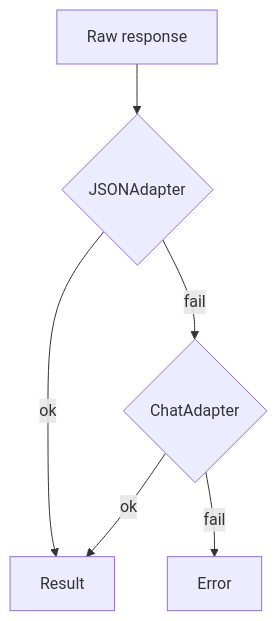
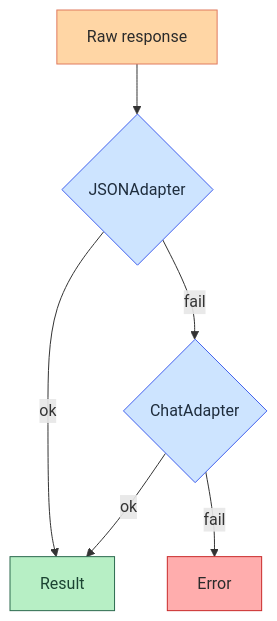
Before and after one commit to assagman/dsgo: the third of 5 diagrams in ARCHITECTURE.md, drawn with Mermaid. The commit also changed other lines of this file, not shown here.

Commit message:
docs: refresh architecture diagrams

````diff
--- a/ARCHITECTURE.md
+++ b/ARCHITECTURE.md
@@ -81,8 +115,18 @@
 ```mermaid
-graph TD
-  A[Raw response] --> B{JSONAdapter}
-  B -->|ok| R[Result]
-  B -->|fail| C{ChatAdapter}
+flowchart TD
+  classDef raw fill:#ffd6a5,stroke:#e07a5f,stroke-width:1px,color:#2b2b2b;
+  classDef adapter fill:#cde4ff,stroke:#4361ee,stroke-width:1px,color:#1f2d3d;
+  classDef ok fill:#b7efc5,stroke:#2d6a4f,stroke-width:1px,color:#1b4332;
+  classDef err fill:#ffadad,stroke:#c92a2a,stroke-width:1px,color:#2b2b2b;
+
+  A["Raw response"] --> B{"JSONAdapter"}
+  B -->|ok| R["Result"]
+  B -->|fail| C{"ChatAdapter"}
   C -->|ok| R
-  C -->|fail| X[Error]
+  C -->|fail| X["Error"]
+
+  class A raw;
+  class B,C adapter;
+  class R ok;
+  class X err;
 ```
````
